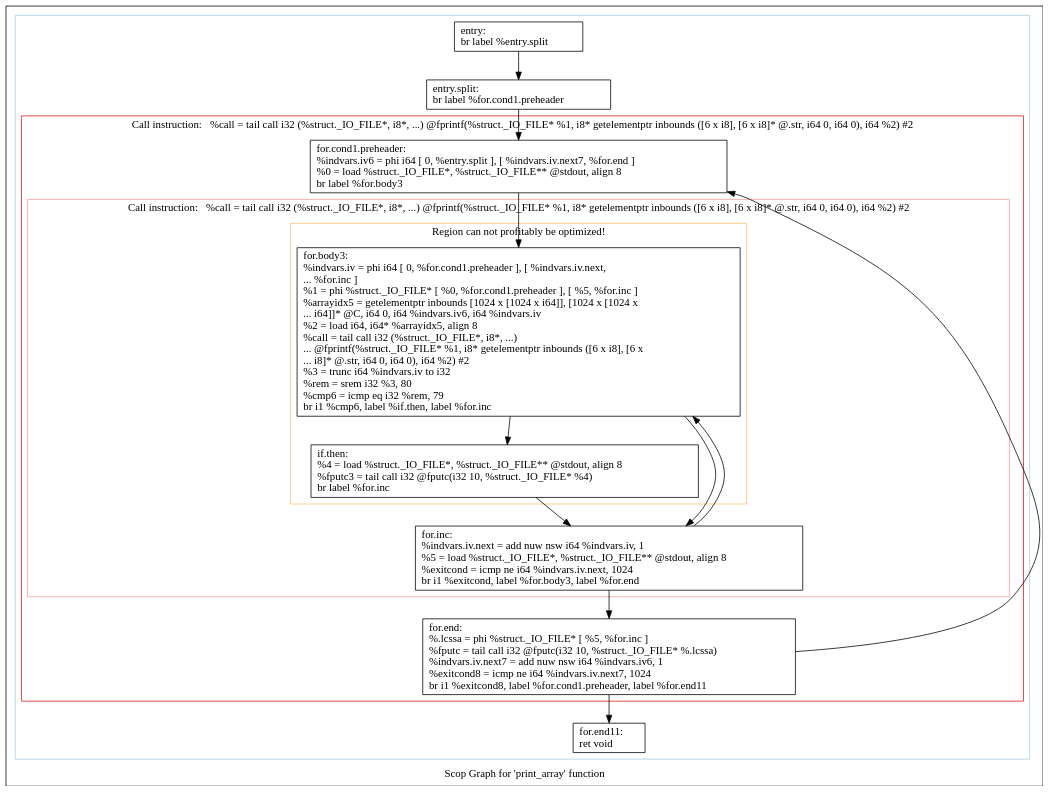
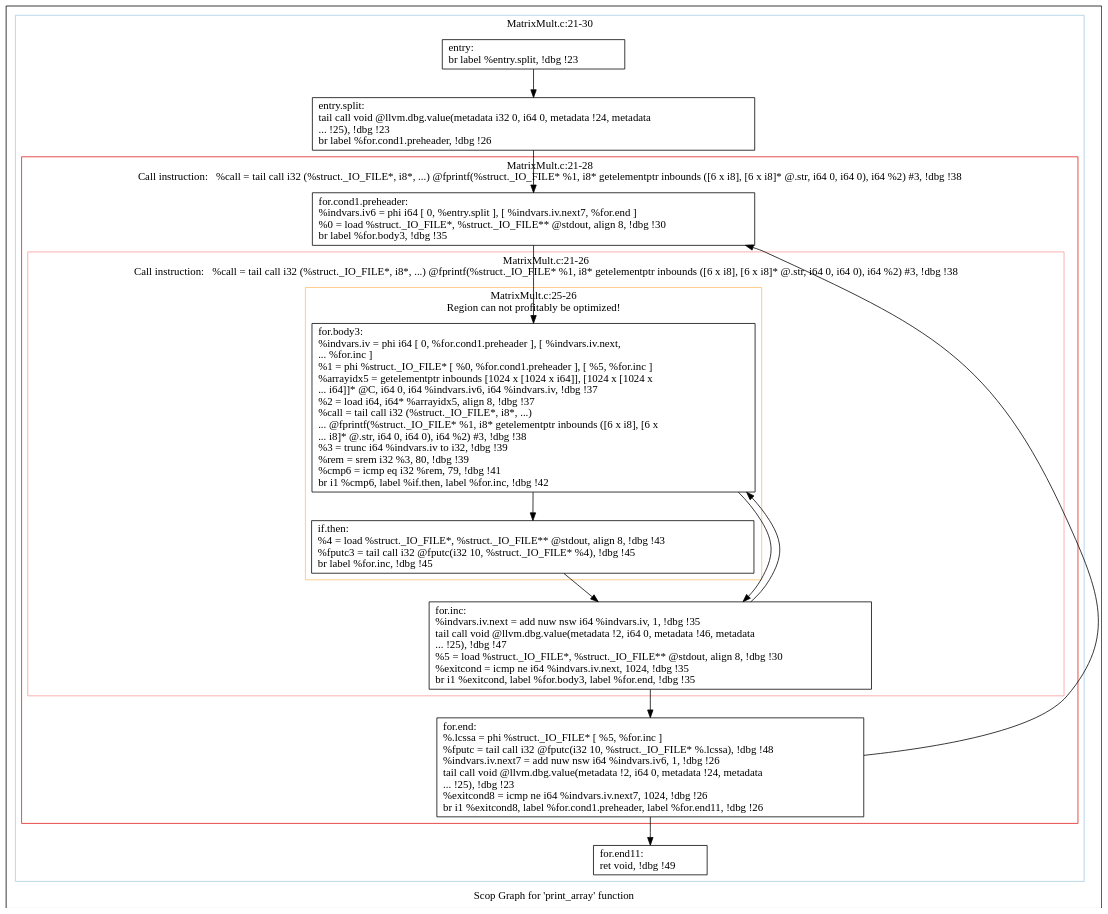
Before and after one commit to samminweng/WhileyOpenCL: the diagram in polly/MatrixMult/impl/handwritten/dot/scops.print_array.dot, drawn with Graphviz. The commit also changed 63 other files, not shown here.

```diff
--- a/polly/MatrixMult/impl/handwritten/dot/scops.print_array.dot
+++ b/polly/MatrixMult/impl/handwritten/dot/scops.print_array.dot
@@ -1,51 +1,55 @@
 digraph "Scop Graph for 'print_array' function" {
 	label="Scop Graph for 'print_array' function";
 
-	Node0x552f8a0 [shape=record,label="{entry:\l  br label %entry.split\l}"];
-	Node0x552f8a0 -> Node0x552d5d0;
-	Node0x552d5d0 [shape=record,label="{entry.split:                                      \l  br label %for.cond1.preheader\l}"];
-	Node0x552d5d0 -> Node0x551dff0;
-	Node0x551dff0 [shape=record,label="{for.cond1.preheader:                              \l  %indvars.iv6 = phi i64 [ 0, %entry.split ], [ %indvars.iv.next7, %for.end ]\l  %0 = load %struct._IO_FILE*, %struct._IO_FILE** @stdout, align 8\l  br label %for.body3\l}"];
-	Node0x551dff0 -> Node0x552d610;
-	Node0x552d610 [shape=record,label="{for.body3:                                        \l  %indvars.iv = phi i64 [ 0, %for.cond1.preheader ], [ %indvars.iv.next,\l... %for.inc ]\l  %1 = phi %struct._IO_FILE* [ %0, %for.cond1.preheader ], [ %5, %for.inc ]\l  %arrayidx5 = getelementptr inbounds [1024 x [1024 x i64]], [1024 x [1024 x\l... i64]]* @C, i64 0, i64 %indvars.iv6, i64 %indvars.iv\l  %2 = load i64, i64* %arrayidx5, align 8\l  %call = tail call i32 (%struct._IO_FILE*, i8*, ...)\l... @fprintf(%struct._IO_FILE* %1, i8* getelementptr inbounds ([6 x i8], [6 x\l... i8]* @.str, i64 0, i64 0), i64 %2) #2\l  %3 = trunc i64 %indvars.iv to i32\l  %rem = srem i32 %3, 80\l  %cmp6 = icmp eq i32 %rem, 79\l  br i1 %cmp6, label %if.then, label %for.inc\l}"];
-	Node0x552d610 -> Node0x552d630;
-	Node0x552d610 -> Node0x5528c90;
-	Node0x552d630 [shape=record,label="{if.then:                                          \l  %4 = load %struct._IO_FILE*, %struct._IO_FILE** @stdout, align 8\l  %fputc3 = tail call i32 @fputc(i32 10, %struct._IO_FILE* %4)\l  br label %for.inc\l}"];
-	Node0x552d630 -> Node0x5528c90;
-	Node0x5528c90 [shape=record,label="{for.inc:                                          \l  %indvars.iv.next = add nuw nsw i64 %indvars.iv, 1\l  %5 = load %struct._IO_FILE*, %struct._IO_FILE** @stdout, align 8\l  %exitcond = icmp ne i64 %indvars.iv.next, 1024\l  br i1 %exitcond, label %for.body3, label %for.end\l}"];
-	Node0x5528c90 -> Node0x552d610[constraint=false];
-	Node0x5528c90 -> Node0x552f7f0;
-	Node0x552f7f0 [shape=record,label="{for.end:                                          \l  %.lcssa = phi %struct._IO_FILE* [ %5, %for.inc ]\l  %fputc = tail call i32 @fputc(i32 10, %struct._IO_FILE* %.lcssa)\l  %indvars.iv.next7 = add nuw nsw i64 %indvars.iv6, 1\l  %exitcond8 = icmp ne i64 %indvars.iv.next7, 1024\l  br i1 %exitcond8, label %for.cond1.preheader, label %for.end11\l}"];
-	Node0x552f7f0 -> Node0x551dff0[constraint=false];
-	Node0x552f7f0 -> Node0x552f850;
-	Node0x552f850 [shape=record,label="{for.end11:                                        \l  ret void\l}"];
+	Node0x5de4360 [shape=record,label="{entry:\l  br label %entry.split, !dbg !23\l}"];
+	Node0x5de4360 -> Node0x5dde4a0;
+	Node0x5dde4a0 [shape=record,label="{entry.split:                                      \l  tail call void @llvm.dbg.value(metadata i32 0, i64 0, metadata !24, metadata\l... !25), !dbg !23\l  br label %for.cond1.preheader, !dbg !26\l}"];
+	Node0x5dde4a0 -> Node0x5de0e90;
+	Node0x5de0e90 [shape=record,label="{for.cond1.preheader:                              \l  %indvars.iv6 = phi i64 [ 0, %entry.split ], [ %indvars.iv.next7, %for.end ]\l  %0 = load %struct._IO_FILE*, %struct._IO_FILE** @stdout, align 8, !dbg !30\l  br label %for.body3, !dbg !35\l}"];
+	Node0x5de0e90 -> Node0x5dde480;
+	Node0x5dde480 [shape=record,label="{for.body3:                                        \l  %indvars.iv = phi i64 [ 0, %for.cond1.preheader ], [ %indvars.iv.next,\l... %for.inc ]\l  %1 = phi %struct._IO_FILE* [ %0, %for.cond1.preheader ], [ %5, %for.inc ]\l  %arrayidx5 = getelementptr inbounds [1024 x [1024 x i64]], [1024 x [1024 x\l... i64]]* @C, i64 0, i64 %indvars.iv6, i64 %indvars.iv, !dbg !37\l  %2 = load i64, i64* %arrayidx5, align 8, !dbg !37\l  %call = tail call i32 (%struct._IO_FILE*, i8*, ...)\l... @fprintf(%struct._IO_FILE* %1, i8* getelementptr inbounds ([6 x i8], [6 x\l... i8]* @.str, i64 0, i64 0), i64 %2) #3, !dbg !38\l  %3 = trunc i64 %indvars.iv to i32, !dbg !39\l  %rem = srem i32 %3, 80, !dbg !39\l  %cmp6 = icmp eq i32 %rem, 79, !dbg !41\l  br i1 %cmp6, label %if.then, label %for.inc, !dbg !42\l}"];
+	Node0x5dde480 -> Node0x5de6e00;
+	Node0x5dde480 -> Node0x5de6e60;
+	Node0x5de6e00 [shape=record,label="{if.then:                                          \l  %4 = load %struct._IO_FILE*, %struct._IO_FILE** @stdout, align 8, !dbg !43\l  %fputc3 = tail call i32 @fputc(i32 10, %struct._IO_FILE* %4), !dbg !45\l  br label %for.inc, !dbg !45\l}"];
+	Node0x5de6e00 -> Node0x5de6e60;
+	Node0x5de6e60 [shape=record,label="{for.inc:                                          \l  %indvars.iv.next = add nuw nsw i64 %indvars.iv, 1, !dbg !35\l  tail call void @llvm.dbg.value(metadata !2, i64 0, metadata !46, metadata\l... !25), !dbg !47\l  %5 = load %struct._IO_FILE*, %struct._IO_FILE** @stdout, align 8, !dbg !30\l  %exitcond = icmp ne i64 %indvars.iv.next, 1024, !dbg !35\l  br i1 %exitcond, label %for.body3, label %for.end, !dbg !35\l}"];
+	Node0x5de6e60 -> Node0x5dde480[constraint=false];
+	Node0x5de6e60 -> Node0x5dddd20;
+	Node0x5dddd20 [shape=record,label="{for.end:                                          \l  %.lcssa = phi %struct._IO_FILE* [ %5, %for.inc ]\l  %fputc = tail call i32 @fputc(i32 10, %struct._IO_FILE* %.lcssa), !dbg !48\l  %indvars.iv.next7 = add nuw nsw i64 %indvars.iv6, 1, !dbg !26\l  tail call void @llvm.dbg.value(metadata !2, i64 0, metadata !24, metadata\l... !25), !dbg !23\l  %exitcond8 = icmp ne i64 %indvars.iv.next7, 1024, !dbg !26\l  br i1 %exitcond8, label %for.cond1.preheader, label %for.end11, !dbg !26\l}"];
+	Node0x5dddd20 -> Node0x5de0e90[constraint=false];
+	Node0x5dddd20 -> Node0x5dde430;
+	Node0x5dde430 [shape=record,label="{for.end11:                                        \l  ret void, !dbg !49\l}"];
 	colorscheme = "paired12"
-        subgraph cluster_0x55077f0 {
-          label = "";
+        subgraph cluster_0x5dce560 {
+          label = "MatrixMult.c:21-30
+";
           style = solid;
           color = 1
-          subgraph cluster_0x5528e30 {
-            label = "Call instruction:   %call = tail call i32 (%struct._IO_FILE*, i8*, ...) @fprintf(%struct._IO_FILE* %1, i8* getelementptr inbounds ([6 x i8], [6 x i8]* @.str, i64 0, i64 0), i64 %2) #2";
+          subgraph cluster_0x5ddf750 {
+            label = "MatrixMult.c:21-28
+Call instruction:   %call = tail call i32 (%struct._IO_FILE*, i8*, ...) @fprintf(%struct._IO_FILE* %1, i8* getelementptr inbounds ([6 x i8], [6 x i8]* @.str, i64 0, i64 0), i64 %2) #3, !dbg !38";
             style = solid;
             color = 6
-            subgraph cluster_0x5528db0 {
-              label = "Call instruction:   %call = tail call i32 (%struct._IO_FILE*, i8*, ...) @fprintf(%struct._IO_FILE* %1, i8* getelementptr inbounds ([6 x i8], [6 x i8]* @.str, i64 0, i64 0), i64 %2) #2";
+            subgraph cluster_0x5dce5e0 {
+              label = "MatrixMult.c:21-26
+Call instruction:   %call = tail call i32 (%struct._IO_FILE*, i8*, ...) @fprintf(%struct._IO_FILE* %1, i8* getelementptr inbounds ([6 x i8], [6 x i8]* @.str, i64 0, i64 0), i64 %2) #3, !dbg !38";
               style = solid;
               color = 5
-              subgraph cluster_0x5528d30 {
-                label = "Region can not profitably be optimized!";
+              subgraph cluster_0x5dd53c0 {
+                label = "MatrixMult.c:25-26
+Region can not profitably be optimized!";
                 style = solid;
                 color = 7
-                Node0x552d610;
-                Node0x552d630;
+                Node0x5dde480;
+                Node0x5de6e00;
               }
-              Node0x5528c90;
+              Node0x5de6e60;
             }
-            Node0x551dff0;
-            Node0x552f7f0;
+            Node0x5de0e90;
+            Node0x5dddd20;
           }
-          Node0x552f8a0;
-          Node0x552d5d0;
-          Node0x552f850;
+          Node0x5de4360;
+          Node0x5dde4a0;
+          Node0x5dde430;
         }
 }
```
